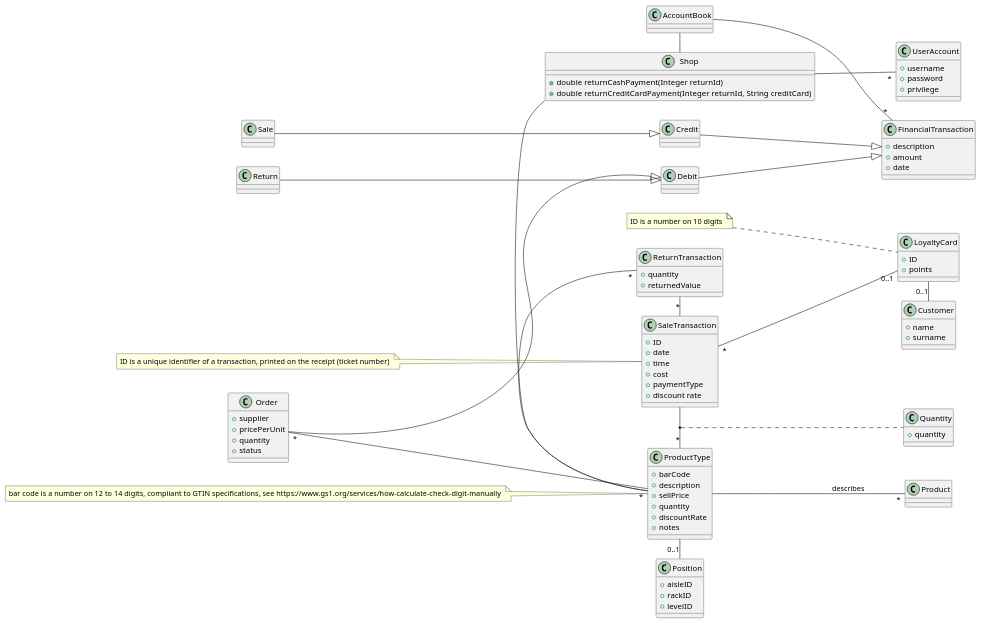
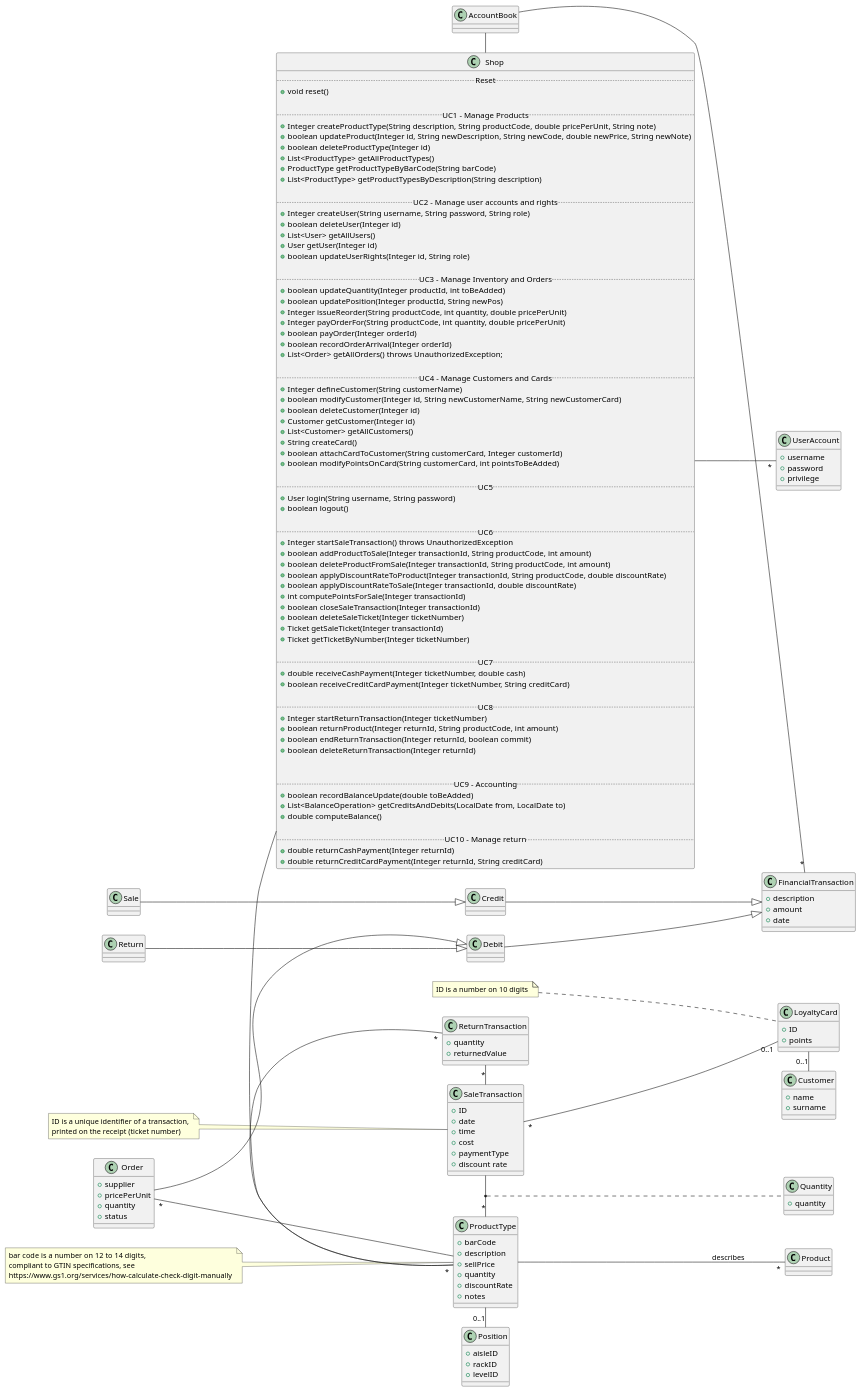
Before and after one commit to Stormz4/group20-EzShop: the second of 3 diagrams in Deliverables/DesignDocument.md, drawn with PlantUML. The commit also changed other lines of this file, not shown here.

Commit message:
Doc: populated class diagram with API's methods

````diff
--- a/Deliverables/DesignDocument.md
+++ b/Deliverables/DesignDocument.md
@@ -50,10 +50,78 @@
 
 
 class Shop{
+    .. Reset ..
+    +void reset()
+
+    .. UC1 - Manage Products ..
+    +Integer createProductType(String description, String productCode, double pricePerUnit, String note)
+    +boolean updateProduct(Integer id, String newDescription, String newCode, double newPrice, String newNote)
+    +boolean deleteProductType(Integer id)
+    +List<ProductType> getAllProductTypes()
+    +ProductType getProductTypeByBarCode(String barCode)
+    +List<ProductType> getProductTypesByDescription(String description)
+
+    .. UC2 - Manage user accounts and rights ..
+    +Integer createUser(String username, String password, String role)
+    +boolean deleteUser(Integer id)
+    +List<User> getAllUsers()
+    +User getUser(Integer id)
+    +boolean updateUserRights(Integer id, String role)  
+    
+    .. UC3 - Manage Inventory and Orders ..
+    +boolean updateQuantity(Integer productId, int toBeAdded)
+    +boolean updatePosition(Integer productId, String newPos)
+    +Integer issueReorder(String productCode, int quantity, double pricePerUnit)
+    +Integer payOrderFor(String productCode, int quantity, double pricePerUnit)
+    +boolean payOrder(Integer orderId)
+    +boolean recordOrderArrival(Integer orderId)
+    +List<Order> getAllOrders() throws UnauthorizedException;
+    
+    .. UC4 - Manage Customers and Cards ..
+    +Integer defineCustomer(String customerName)
+    +boolean modifyCustomer(Integer id, String newCustomerName, String newCustomerCard)
+    +boolean deleteCustomer(Integer id)
+    +Customer getCustomer(Integer id)
+    +List<Customer> getAllCustomers()
+    +String createCard()
+    +boolean attachCardToCustomer(String customerCard, Integer customerId)
+    +boolean modifyPointsOnCard(String customerCard, int pointsToBeAdded)
+
+    .. UC5 ..
+    +User login(String username, String password)
+    +boolean logout()
+
+    .. UC6 ..
+    +Integer startSaleTransaction() throws UnauthorizedException
+    +boolean addProductToSale(Integer transactionId, String productCode, int amount)
+    +boolean deleteProductFromSale(Integer transactionId, String productCode, int amount)
+    +boolean applyDiscountRateToProduct(Integer transactionId, String productCode, double discountRate)
+    +boolean applyDiscountRateToSale(Integer transactionId, double discountRate)
+    +int computePointsForSale(Integer transactionId)
+    +boolean closeSaleTransaction(Integer transactionId)
+    +boolean deleteSaleTicket(Integer ticketNumber)
+    +Ticket getSaleTicket(Integer transactionId)
+    +Ticket getTicketByNumber(Integer ticketNumber)
+
+    .. UC7 ..
+    +double receiveCashPayment(Integer ticketNumber, double cash)
+    +boolean receiveCreditCardPayment(Integer ticketNumber, String creditCard)
+
+    .. UC8 ..
+    +Integer startReturnTransaction(Integer ticketNumber)
+    +boolean returnProduct(Integer returnId, String productCode, int amount)
+    +boolean endReturnTransaction(Integer returnId, boolean commit)
+    +boolean deleteReturnTransaction(Integer returnId)
+    
+
+    .. UC9 - Accounting ..
+    +boolean recordBalanceUpdate(double toBeAdded)
+    +List<BalanceOperation> getCreditsAndDebits(LocalDate from, LocalDate to)
+    +double computeBalance()
+
+    .. UC10 - Manage return ..
     +double returnCashPayment(Integer returnId)
-    +double returnCreditCardPayment(Integer returnId, String creditCard) 
-
-
+    +double returnCreditCardPayment(Integer returnId, String creditCard)
 }
 
 class UserAccount{
@@ -161,9 +229,9 @@
 
 note "ID is a number on 10 digits " as N1  
 N1 .. LoyaltyCard
-note "bar code is a number on 12 to 14  digits, compliant to GTIN specifications, see  https://www.gs1.org/services/how-calculate-check-digit-manually " as N2  
+note "bar code is a number on 12 to 14  digits,\ncompliant to GTIN specifications, see \nhttps://www.gs1.org/services/how-calculate-check-digit-manually " as N2  
 N2 .. ProductType
-note "ID is a unique identifier of a transaction,  printed on the receipt (ticket number) " as N3
+note "ID is a unique identifier of a transaction, \nprinted on the receipt (ticket number) " as N3
 N3 .. SaleTransaction
 @enduml
 ```
````
